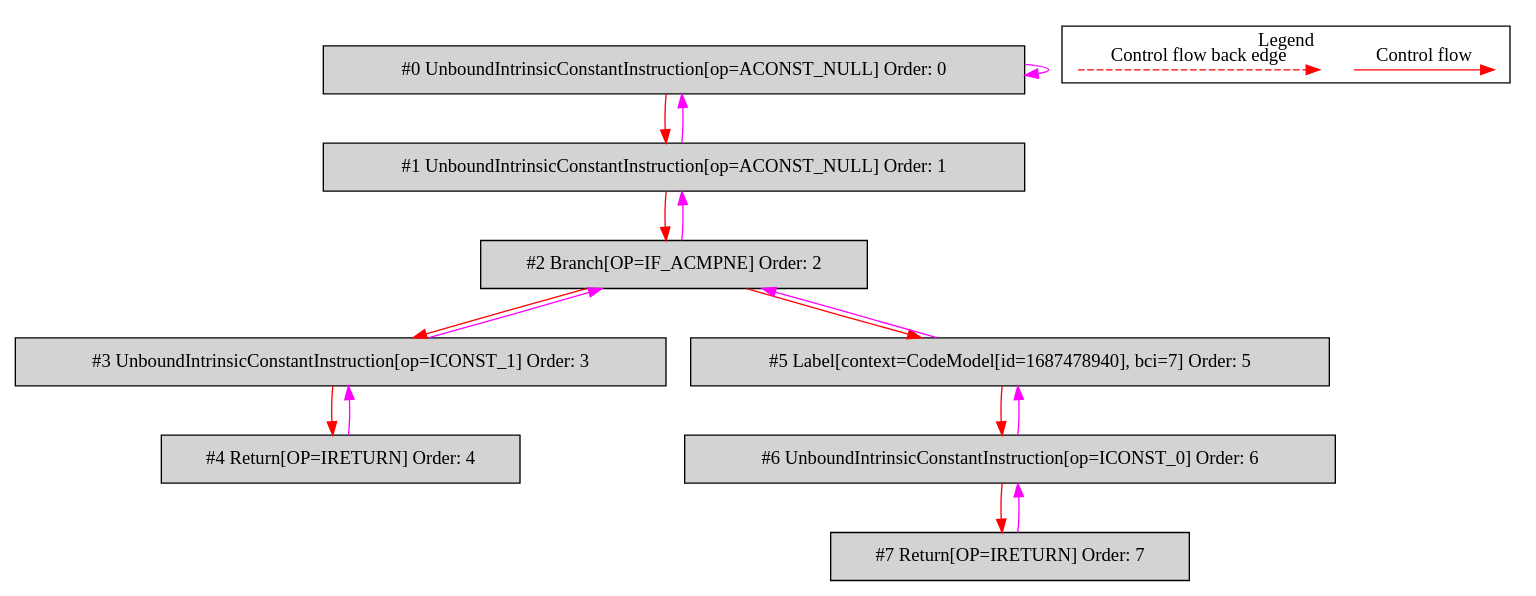
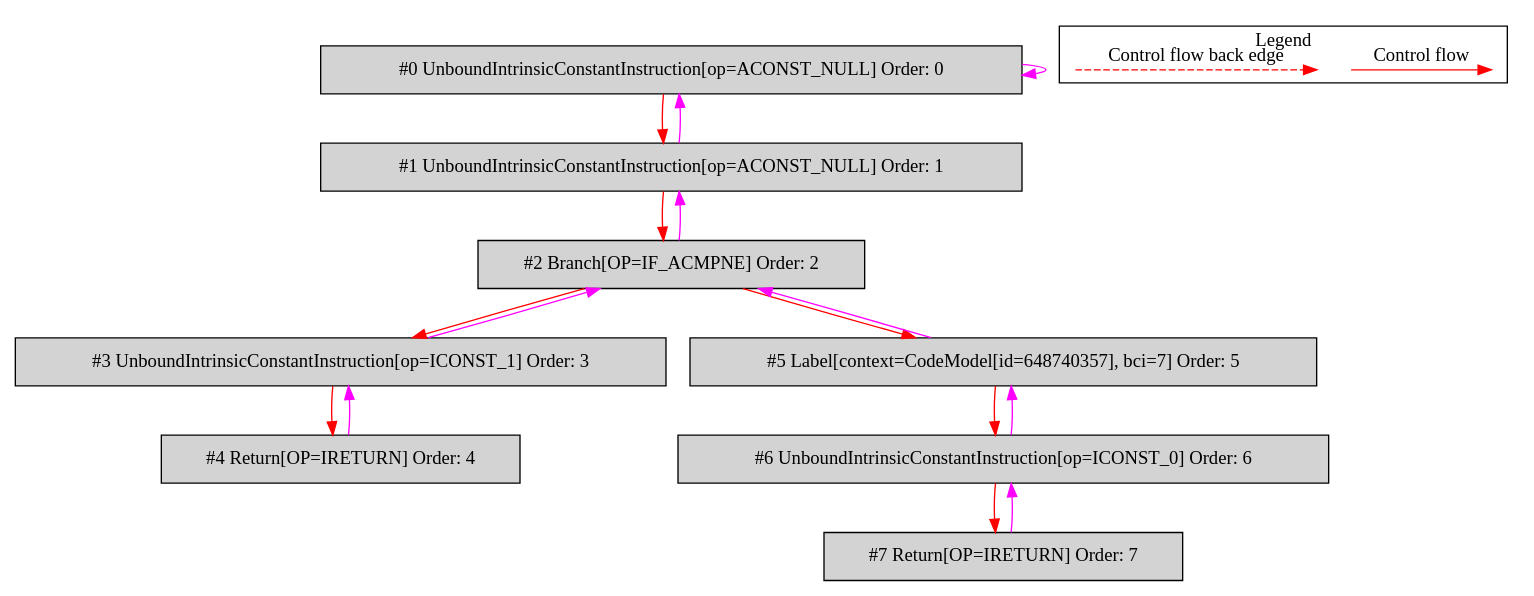
The diagram in de.mirkosertic.metair.ir.OpcodeIFACMPNETest/test_IF_ACMPNE/bytecodecfg.dot (mirkosertic/MetaIR), drawn with Graphviz before and after one commit. The commit also changed 722 other files, not shown here.

```diff
--- a/de.mirkosertic.metair.ir.OpcodeIFACMPNETest/test_IF_ACMPNE/bytecodecfg.dot
+++ b/de.mirkosertic.metair.ir.OpcodeIFACMPNETest/test_IF_ACMPNE/bytecodecfg.dot
@@ -1,40 +1,40 @@
 digraph {
  ordering="in";
  node0[label="#0 UnboundIntrinsicConstantInstruction[op=ACONST_NULL] Order: 0", shape=box, fillcolor=lightgrey, style=filled];
  node1[label="#1 UnboundIntrinsicConstantInstruction[op=ACONST_NULL] Order: 1", shape=box, fillcolor=lightgrey, style=filled];
  node2[label="#2 Branch[OP=IF_ACMPNE] Order: 2", shape=box, fillcolor=lightgrey, style=filled];
  node3[label="#3 UnboundIntrinsicConstantInstruction[op=ICONST_1] Order: 3", shape=box, fillcolor=lightgrey, style=filled];
  node4[label="#4 Return[OP=IRETURN] Order: 4", shape=box, fillcolor=lightgrey, style=filled];
- node5[label="#5 Label[context=CodeModel[id=1687478940], bci=7] Order: 5", shape=box, fillcolor=lightgrey, style=filled];
+ node5[label="#5 Label[context=CodeModel[id=648740357], bci=7] Order: 5", shape=box, fillcolor=lightgrey, style=filled];
  node6[label="#6 UnboundIntrinsicConstantInstruction[op=ICONST_0] Order: 6", shape=box, fillcolor=lightgrey, style=filled];
  node7[label="#7 Return[OP=IRETURN] Order: 7", shape=box, fillcolor=lightgrey, style=filled];
  node0 -> node0[color=fuchsia];
  node0 -> node1[color=red];
  node1 -> node0[color=fuchsia];
  node1 -> node2[color=red];
  node2 -> node1[color=fuchsia];
  node2 -> node3[color=red];
  node3 -> node2[color=fuchsia];
  node3 -> node4[color=red];
  node4 -> node3[color=fuchsia];
  node2 -> node5[color=red];
  node5 -> node2[color=fuchsia];
  node5 -> node6[color=red];
  node6 -> node5[color=fuchsia];
  node6 -> node7[color=red];
  node7 -> node6[color=fuchsia];
  subgraph cluster_000 {
   label = "Legend";
   node [shape=point]
   {
    rank=same;
    c0 [style = invis];
    c1 [style = invis];
    c2 [style = invis];
    c3 [style = invis];
   }
   c0 -> c1 [label="Control flow", style=solid, color=red]
   c2 -> c3 [label="Control flow back edge", style=dashed, color=red]
  }
 
 }
```
